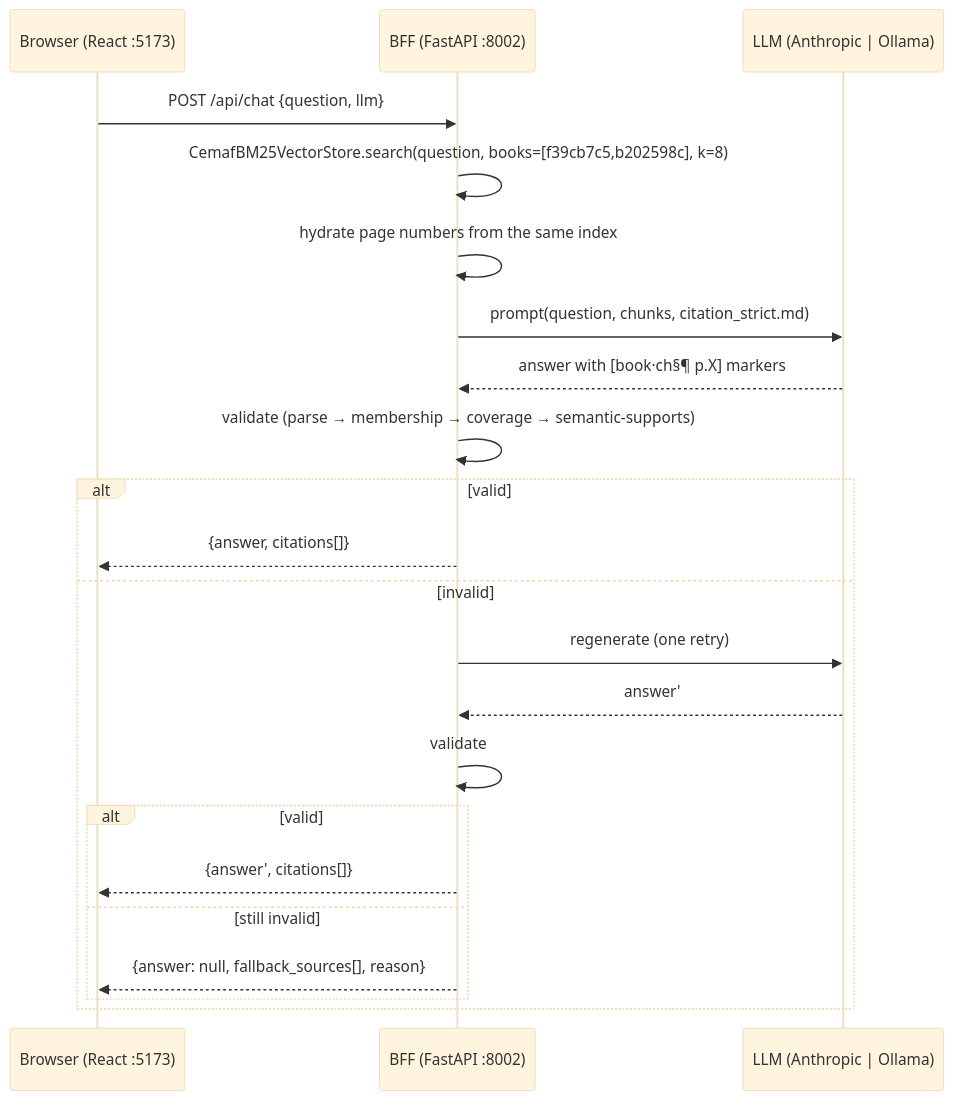
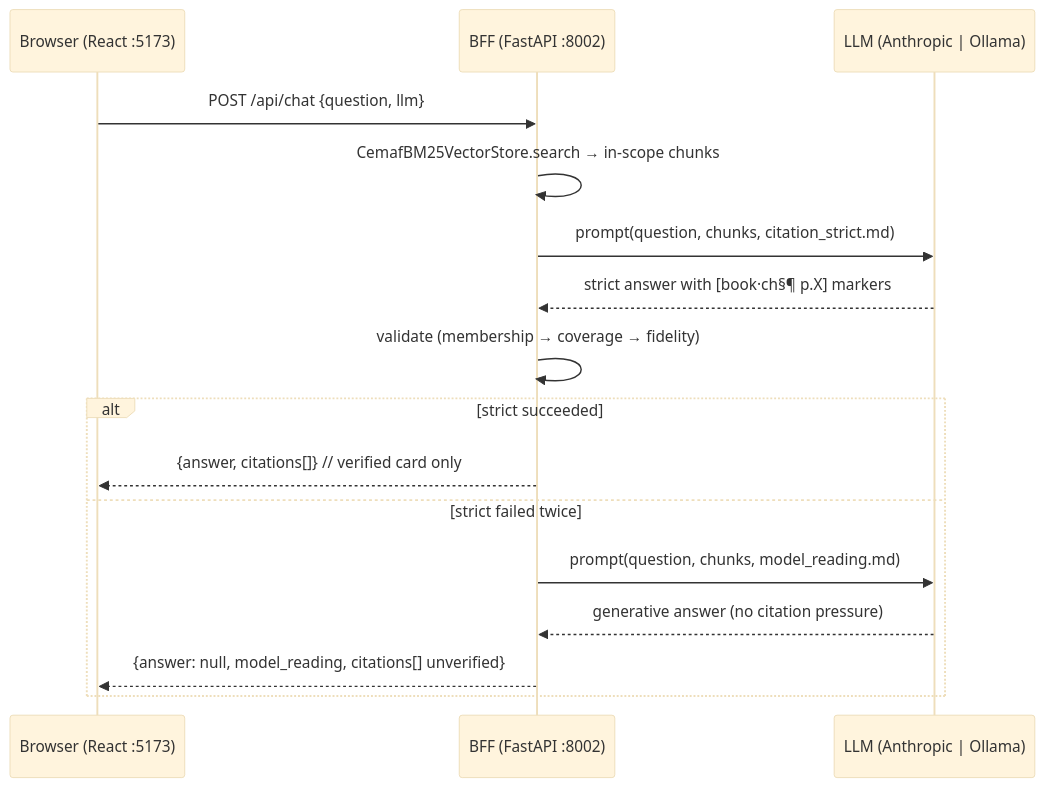
One commit to drchinca/fractalmusic changed the diagram in docs/specs/SPEC-chat-v1.md. Above: the diagram before and after it, drawn with Mermaid (base theme). The commit also changed other lines of this file and 8 other files, not shown here.

````diff
--- a/docs/specs/SPEC-chat-v1.md
+++ b/docs/specs/SPEC-chat-v1.md
@@ -16,24 +19,18 @@
 ```mermaid
 sequenceDiagram
     participant U as Browser (React :5173)
     participant B as BFF (FastAPI :8002)
     participant L as LLM (Anthropic | Ollama)
     U->>B: POST /api/chat {question, llm}
-    B->>B: CemafBM25VectorStore.search(question, books=[f39cb7c5,b202598c], k=8)
-    B->>B: hydrate page numbers from the same index
+    B->>B: CemafBM25VectorStore.search → in-scope chunks
     B->>L: prompt(question, chunks, citation_strict.md)
-    L-->>B: answer with [book·ch§¶ p.X] markers
-    B->>B: validate (parse → membership → coverage → semantic-supports)
-    alt valid
-        B-->>U: {answer, citations[]}
-    else invalid
-        B->>L: regenerate (one retry)
-        L-->>B: answer'
-        B->>B: validate
-        alt valid
-            B-->>U: {answer', citations[]}
-        else still invalid
-            B-->>U: {answer: null, fallback_sources[], reason}
-        end
+    L-->>B: strict answer with [book·ch§¶ p.X] markers
+    B->>B: validate (membership → coverage → fidelity)
+    alt strict succeeded
+        B-->>U: {answer, citations[]}  // verified card only
+    else strict failed twice
+        B->>L: prompt(question, chunks, model_reading.md)
+        L-->>B: generative answer (no citation pressure)
+        B-->>U: {answer: null, model_reading, citations[] unverified}
     end
 ```
````
